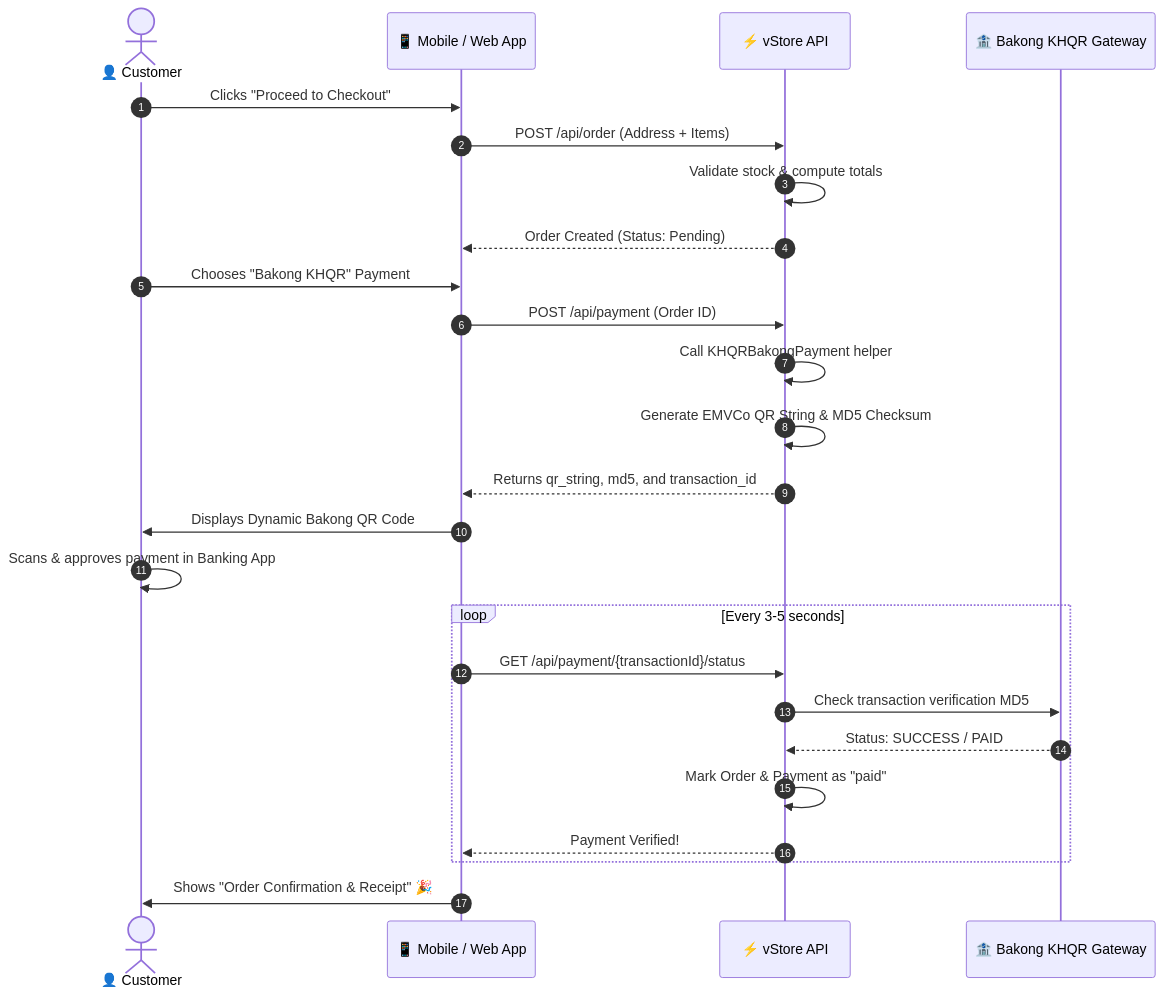
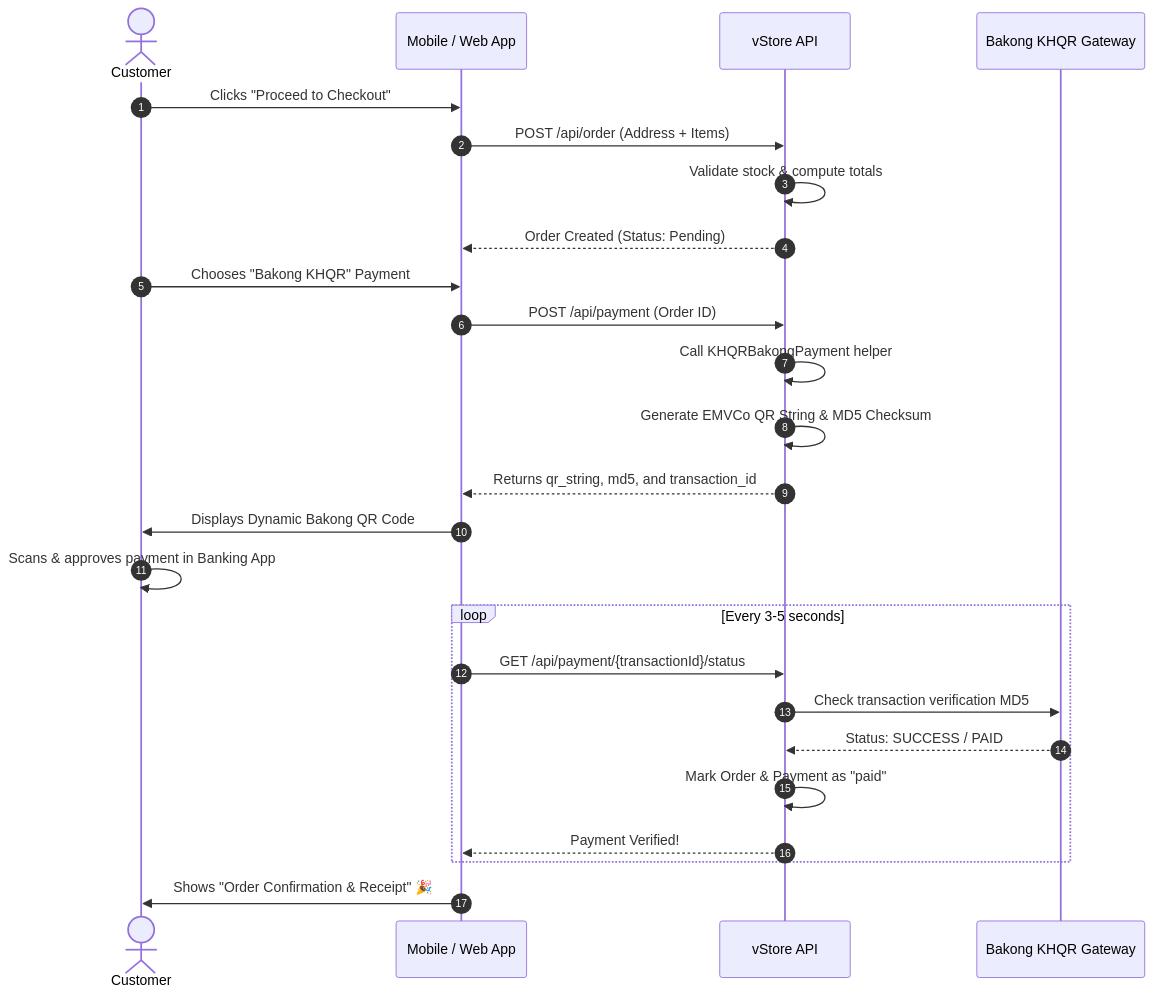
Before and after one commit to ChamreunVira/mini-ecommerce-laravel-api: the third of 3 diagrams in README.md, drawn with Mermaid. The commit also changed other lines of this file, not shown here.

````diff
--- a/README.md
+++ b/README.md
@@ -369,32 +376,32 @@
 ```mermaid
 sequenceDiagram
     autonumber
-    actor Customer as 👤 Customer
-    participant App as 📱 Mobile / Web App
-    participant API as ⚡ vStore API
-    participant Bakong as 🏦 Bakong KHQR Gateway
+    actor Customer as Customer
+    participant App as Mobile / Web App
+    participant API as vStore API
+    participant Bakong as Bakong KHQR Gateway
 
     Customer->>App: Clicks "Proceed to Checkout"
     App->>API: POST /api/order (Address + Items)
     API->>API: Validate stock & compute totals
     API-->>App: Order Created (Status: Pending)
 
     Customer->>App: Chooses "Bakong KHQR" Payment
     App->>API: POST /api/payment (Order ID)
     API->>API: Call KHQRBakongPayment helper
     API->>API: Generate EMVCo QR String & MD5 Checksum
     API-->>App: Returns qr_string, md5, and transaction_id
 
     App->>Customer: Displays Dynamic Bakong QR Code
     Customer->>Customer: Scans & approves payment in Banking App
 
     loop Every 3-5 seconds
         App->>API: GET /api/payment/{transactionId}/status
         API->>Bakong: Check transaction verification MD5
         Bakong-->>API: Status: SUCCESS / PAID
         API->>API: Mark Order & Payment as "paid"
         API-->>App: Payment Verified!
     end
 
     App->>Customer: Shows "Order Confirmation & Receipt" 🎉
 ```
````
